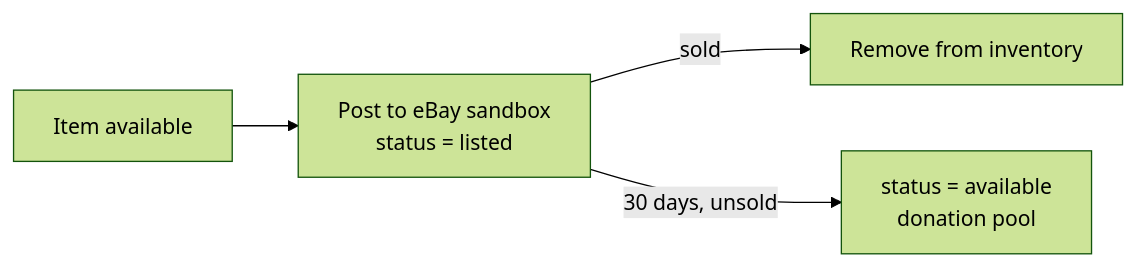
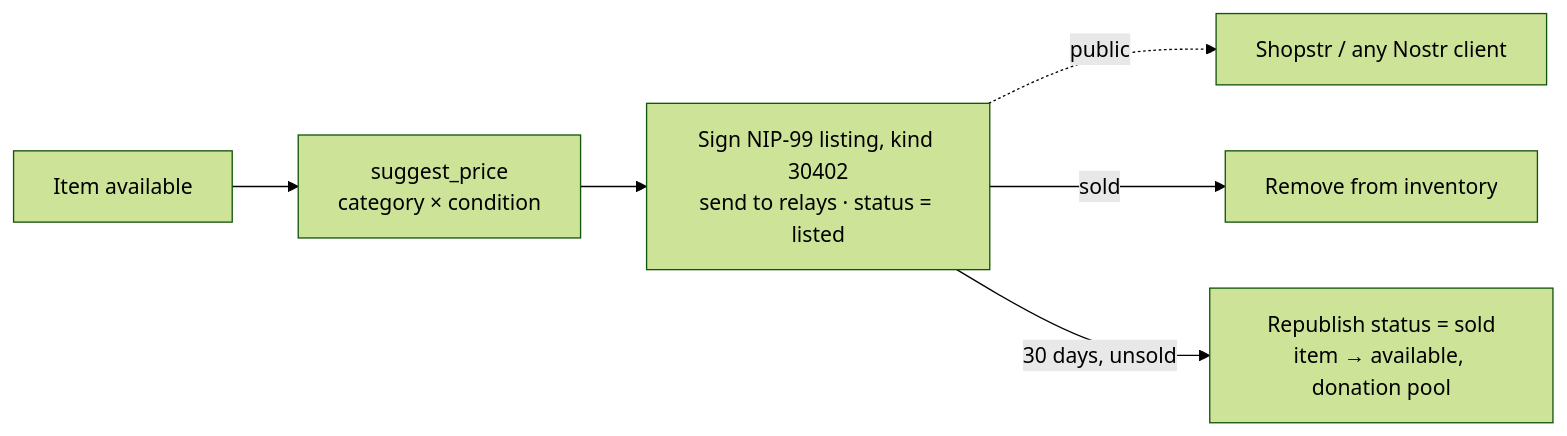
One commit to ibrahimmansoor1/HackGB changed the second of 2 diagrams in rehome/docs/02-architecture.md. Above: the diagram before and after it, drawn with Mermaid (forest theme). The commit also changed other lines of this file and 8 other files, not shown here.

Commit message:
Document Nostr/Shopstr marketplace in contracts, data model, and README

````diff
--- a/rehome/docs/02-architecture.md
+++ b/rehome/docs/02-architecture.md
@@ -59,6 +60,8 @@
 ```mermaid
 flowchart LR
-  I[Item available] --> L[Post to eBay sandbox<br/>status = listed]
-  L -->|sold| S[Remove from inventory]
-  L -->|30 days, unsold| A[status = available<br/>donation pool]
+  I[Item available] --> P[suggest_price<br/>category × condition]
+  P --> L[Sign NIP-99 listing, kind 30402<br/>send to relays · status = listed]
+  L -. "public" .-> S[Shopstr / any Nostr client]
+  L -->|sold| X[Remove from inventory]
+  L -->|30 days, unsold| A[Republish status = sold<br/>item → available, donation pool]
 ```
````
